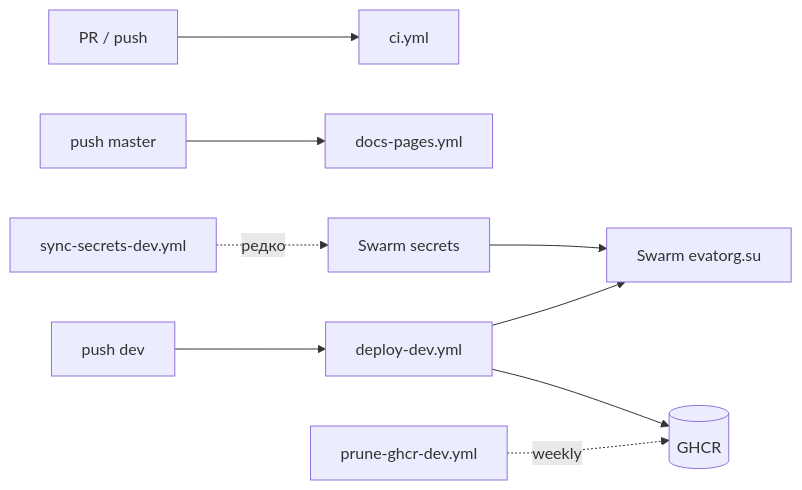
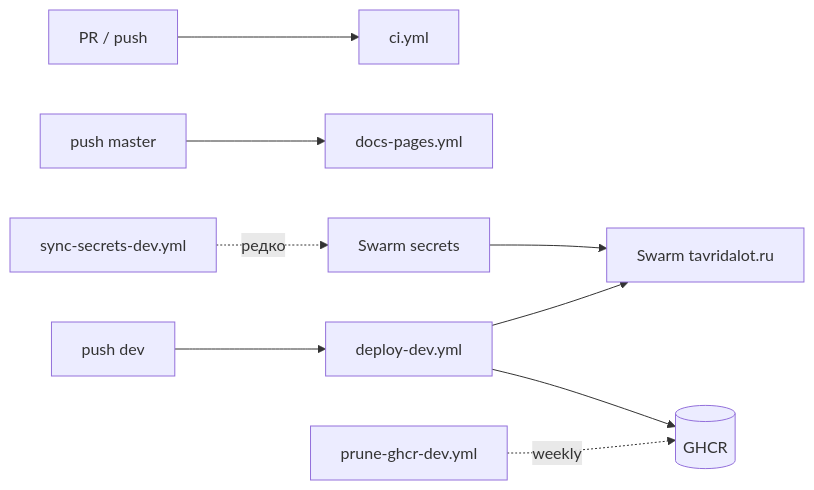
The diagram in docs/04-deployment/github-actions.md (andrewb76/tavrida), drawn with Mermaid before and after one commit. The commit also changed other lines of this file and 587 other files, not shown here.

First line of the commit message:
chore: replace evatorg.su → tavridalot.ru across codebase

````diff
--- a/docs/04-deployment/github-actions.md
+++ b/docs/04-deployment/github-actions.md
@@ -18,11 +18,11 @@
 ```mermaid
 flowchart LR
   PR[PR / push] --> CI[ci.yml]
   PushMaster[push master] --> Pages[docs-pages.yml]
   PushDev[push dev] --> Deploy[deploy-dev.yml]
   Deploy --> GHCR[(GHCR)]
-  Deploy --> Swarm[Swarm evatorg.su]
+  Deploy --> Swarm[Swarm tavridalot.ru]
   Sync[sync-secrets-dev.yml] -.->|редко| Secrets[Swarm secrets]
   Secrets --> Swarm
   Prune[prune-ghcr-dev.yml] -.->|weekly| GHCR
 ```
````
